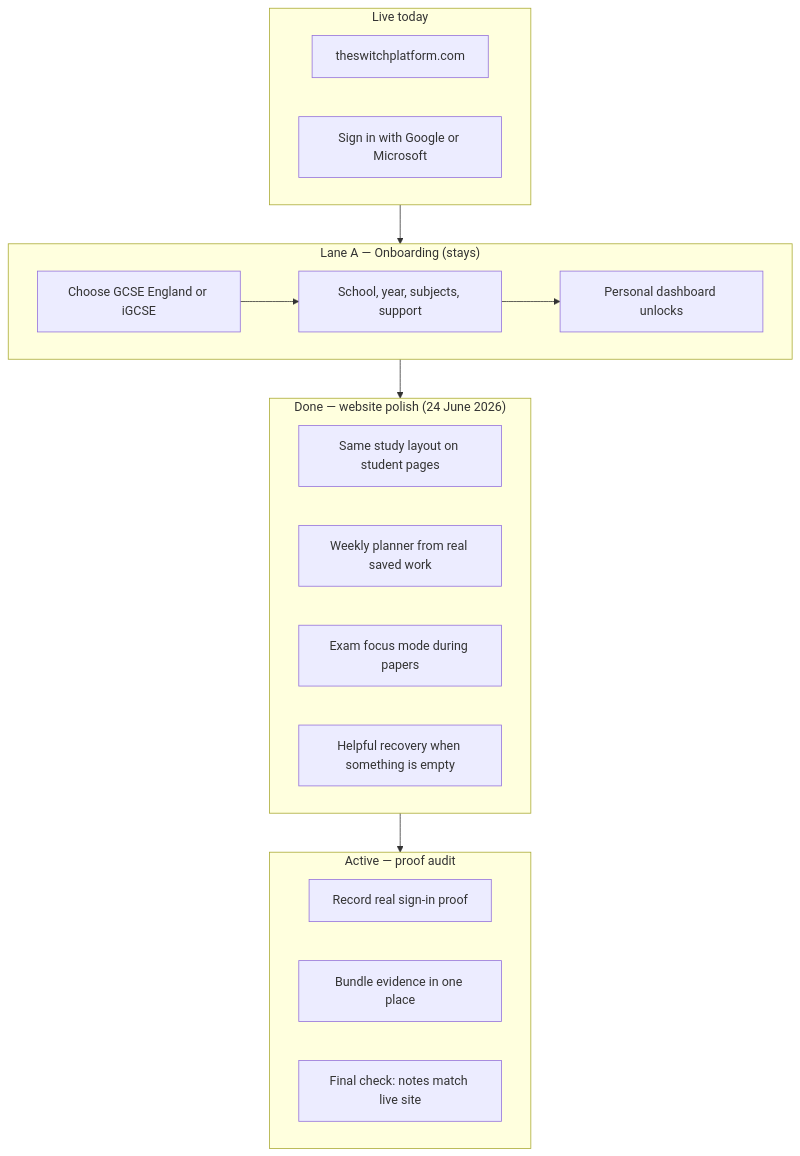
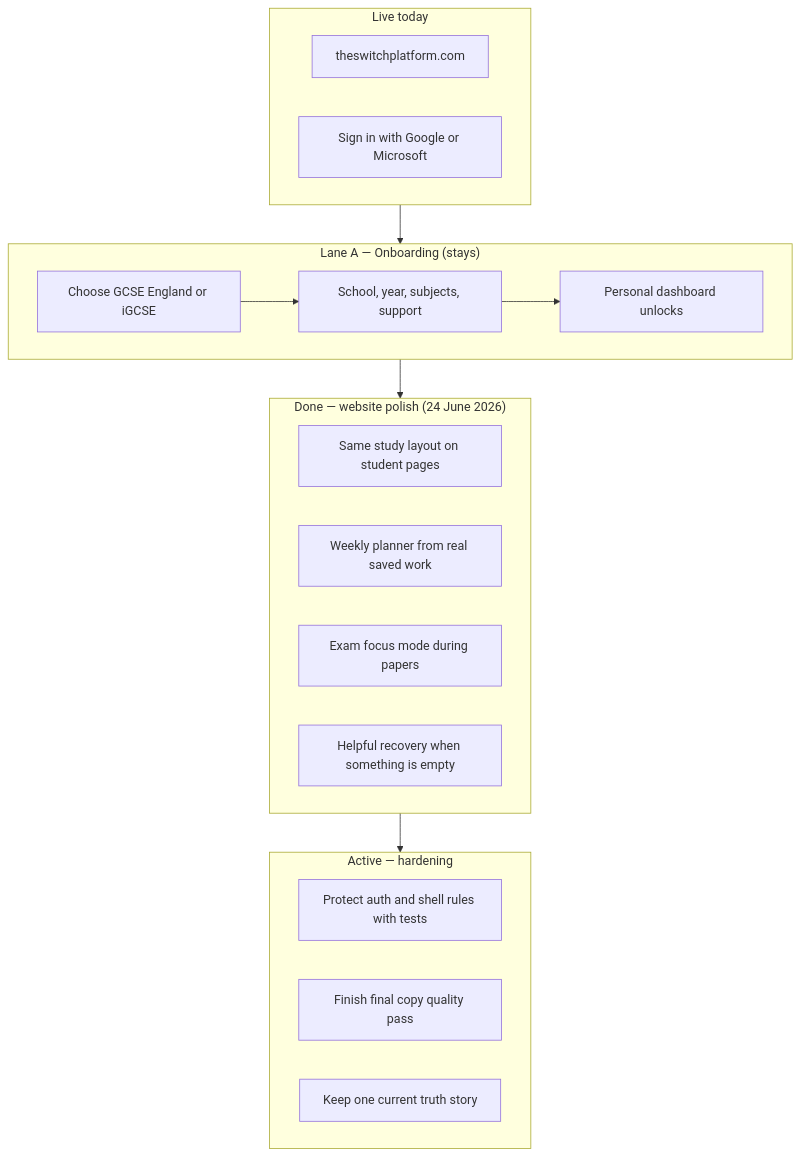
The first of 49 diagrams in README.md (tech-fresh/the-switch-platform), drawn with Mermaid before and after one commit. The commit also changed other lines of this file and 13 other files, not shown here.

````diff
--- a/README.md
+++ b/README.md
@@ -48,27 +50,27 @@
 ```mermaid
 flowchart TD
   subgraph live["Live today"]
     L1["theswitchplatform.com"]
     L2["Sign in with Google or Microsoft"]
   end
   subgraph laneA["Lane A — Onboarding (stays)"]
     A1["Choose GCSE England or iGCSE"]
     A2["School, year, subjects, support"]
     A3["Personal dashboard unlocks"]
     A1 --> A2 --> A3
   end
   subgraph doneC["Done — website polish (24 June 2026)"]
     C1["Same study layout on student pages"]
     C2["Weekly planner from real saved work"]
     C3["Exam focus mode during papers"]
     C4["Helpful recovery when something is empty"]
   end
-  subgraph activeA["Active — proof audit"]
-    P1["Record real sign-in proof"]
-    P2["Bundle evidence in one place"]
-    P3["Final check: notes match live site"]
+  subgraph activeD["Active — hardening"]
+    P1["Protect auth and shell rules with tests"]
+    P2["Finish final copy quality pass"]
+    P3["Keep one current truth story"]
   end
   live --> laneA
   laneA --> doneC
-  doneC --> activeA
+  doneC --> activeD
 ```
````
